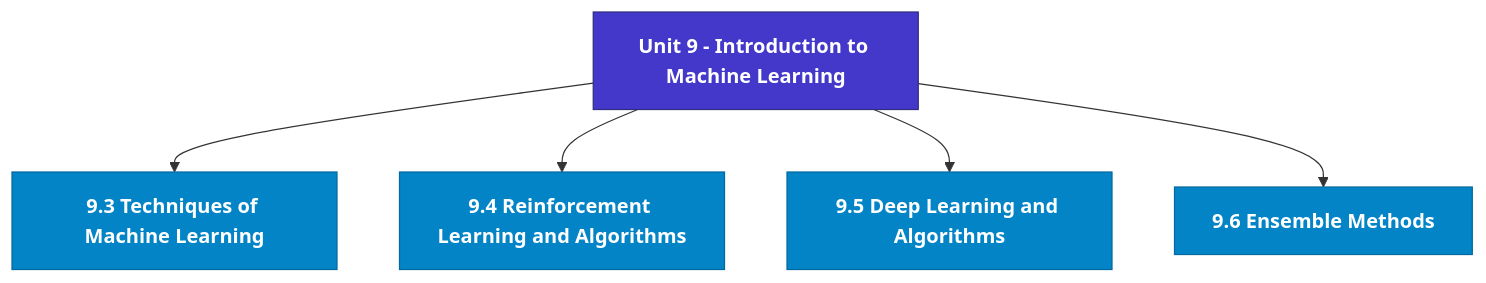
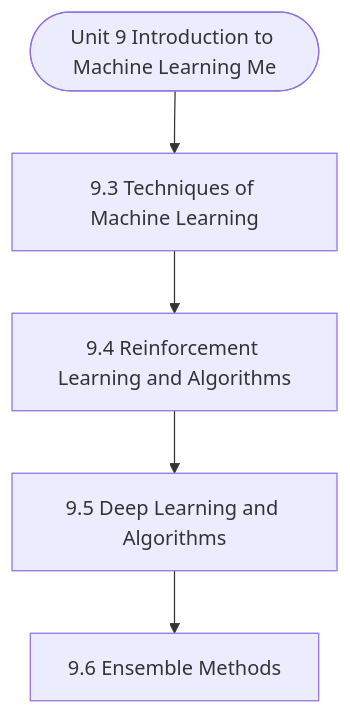
One commit to Asutosh-Coaching/mscdsa changed the diagram in notes/Semester_2/MCS-224_Artificial_Intelligence_&_Machine_Learning/unit_09_Introduction_to_Machine_Learning_Methods.md. Above: the diagram before and after it, drawn with Mermaid. The commit also changed other lines of this file and 115 other files, not shown here.

Commit message:
Fix Mermaid layout for mobile, isolate LaTeX delimiters, and add GitHub Pages reader

````diff
--- a/notes/Semester_2/MCS-224_Artificial_Intelligence_&_Machine_Learning/unit_09_Introduction_to_Machine_Learning_Methods.md
+++ b/notes/Semester_2/MCS-224_Artificial_Intelligence_&_Machine_Learning/unit_09_Introduction_to_Machine_Learning_Methods.md
@@ -19,17 +19,12 @@
 ```mermaid
 flowchart TD
-  %% Styling Definitions
-  classDef head fill:#4338ca,stroke:#312e81,color:#ffffff,font-weight:bold;
-  classDef topic fill:#0284c7,stroke:#0369a1,color:#ffffff,font-weight:600;
-  classDef sub fill:#1e293b,stroke:#475569,color:#f8fafc;
-
-  Root["Unit 9 - Introduction to Machine Learning "]:::head
-  M1["9.3 Techniques of Machine Learning"]:::topic
-  Root --> M1
-  M2["9.4 Reinforcement Learning and Algorithms"]:::topic
-  Root --> M2
-  M3["9.5 Deep Learning and Algorithms"]:::topic
-  Root --> M3
-  M4["9.6 Ensemble Methods"]:::topic
-  Root --> M4
+  Start(["Unit 9 Introduction to Machine Learning Me"])
+  N1["9.3 Techniques of Machine Learning"]
+  N2["9.4 Reinforcement Learning and Algorithms"]
+  N3["9.5 Deep Learning and Algorithms"]
+  N4["9.6 Ensemble Methods"]
+  Start --> N1
+  N1 --> N2
+  N2 --> N3
+  N3 --> N4
 ```
````
